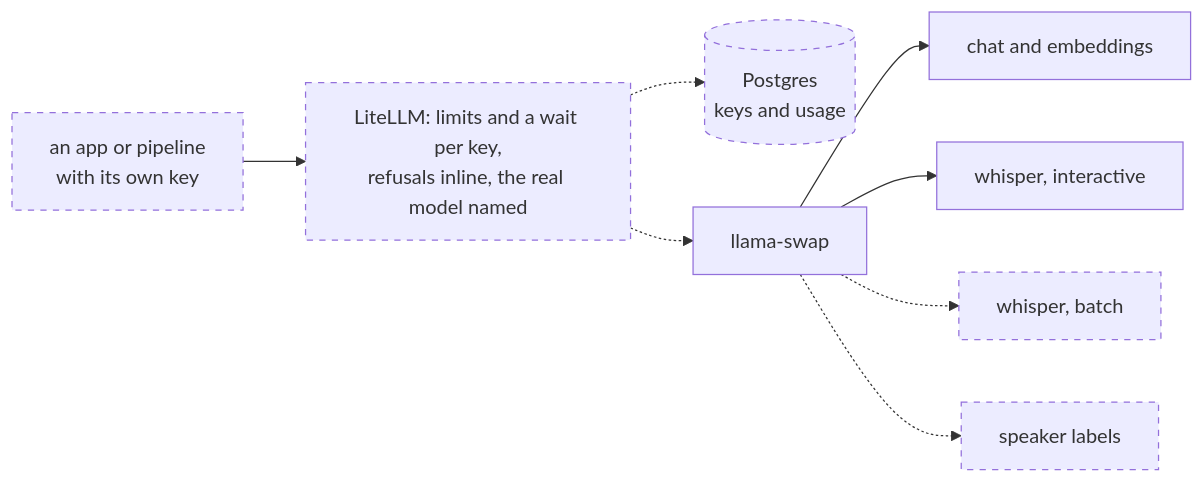
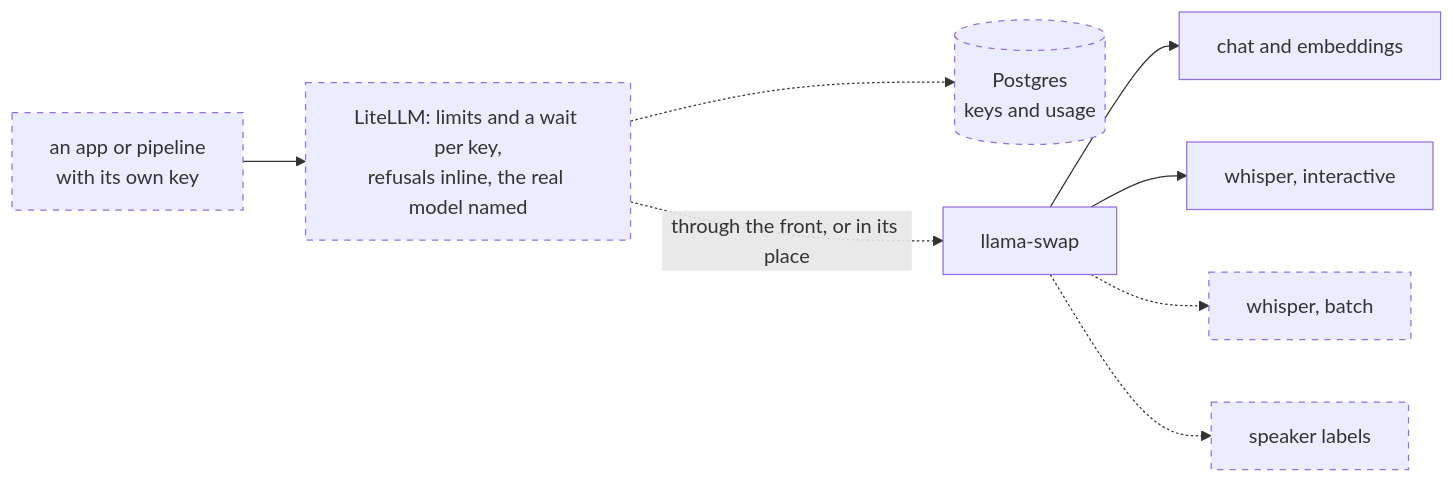
The fourth of 4 diagrams in website/architecture.qmd (chendaniely/local-ai), drawn with Mermaid before and after one commit. The commit also changed other lines of this file and 11 other files, not shown here.

````diff
--- a/website/architecture.qmd
+++ b/website/architecture.qmd
@@ -216,12 +229,12 @@
 ```{mermaid}
 flowchart LR
   classDef planned stroke-dasharray: 5 5
 
   app["an app or pipeline<br/>with its own key"]:::planned --> litellm["LiteLLM: limits and a wait per key,<br/>refusals inline, the real model named"]:::planned
   litellm -.-> pg[("Postgres<br/>keys and usage")]:::planned
-  litellm -.-> swap["llama-swap"]
+  litellm -. "through the front, or in its place" .-> swap["llama-swap"]
   swap --> chat["chat and embeddings"]
   swap --> stt["whisper, interactive"]
   swap -.-> batch["whisper, batch"]:::planned
   swap -.-> diar["speaker labels"]:::planned
 ```
````
